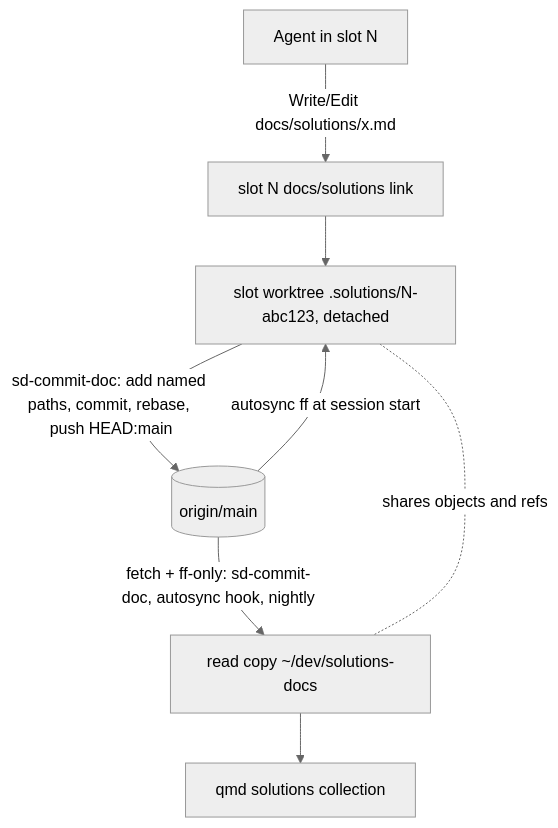
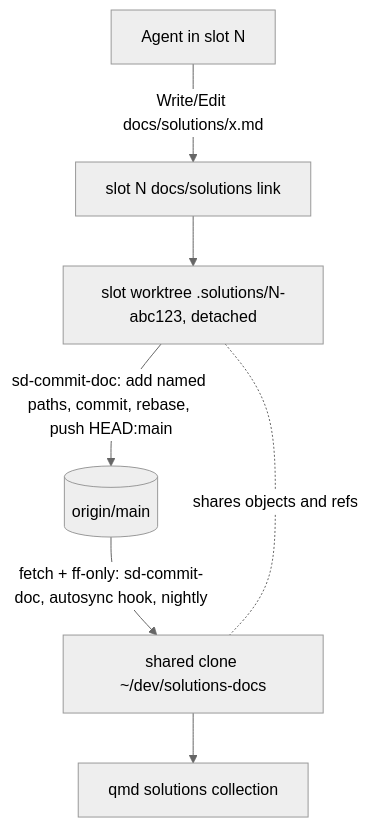
Before and after one commit to brettdavies/dotfiles: the first of 3 diagrams in docs/plans/2026-10-30-2040-feat-solutions-per-writer-worktrees-plan.md, drawn with Mermaid (neutral theme). The commit also changed other lines of this file, not shown here.

First line of the commit message:
docs(plans): record option B for prime checkouts in the solutions worktree plan

````diff
--- a/docs/plans/2026-10-30-2040-feat-solutions-per-writer-worktrees-plan.md
+++ b/docs/plans/2026-10-30-2040-feat-solutions-per-writer-worktrees-plan.md
@@ -334,10 +338,9 @@
 ```mermaid
 flowchart TB
   A[Agent in slot N] -->|Write/Edit docs/solutions/x.md| L[slot N docs/solutions link]
   L --> W[slot worktree .solutions/N-abc123, detached]
   W -->|sd-commit-doc: add named paths, commit, rebase, push HEAD:main| O[(origin/main)]
-  O -->|fetch + ff-only: sd-commit-doc, autosync hook, nightly| R[read copy ~/dev/solutions-docs]
+  O -->|fetch + ff-only: sd-commit-doc, autosync hook, nightly| R[shared clone ~/dev/solutions-docs]
   R --> Q[qmd solutions collection]
-  O -->|autosync ff at session start| W
   W -. shares objects and refs .- R
 ```
````
